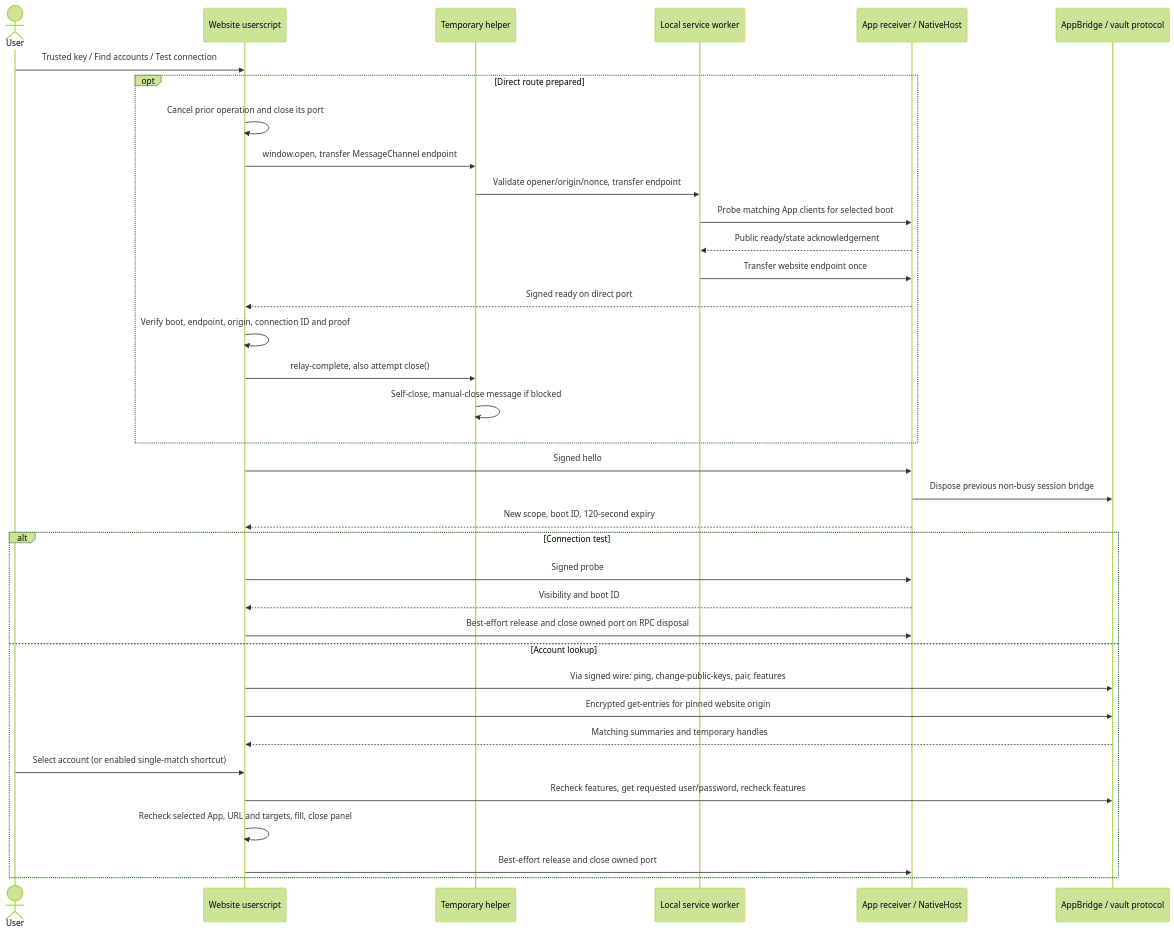
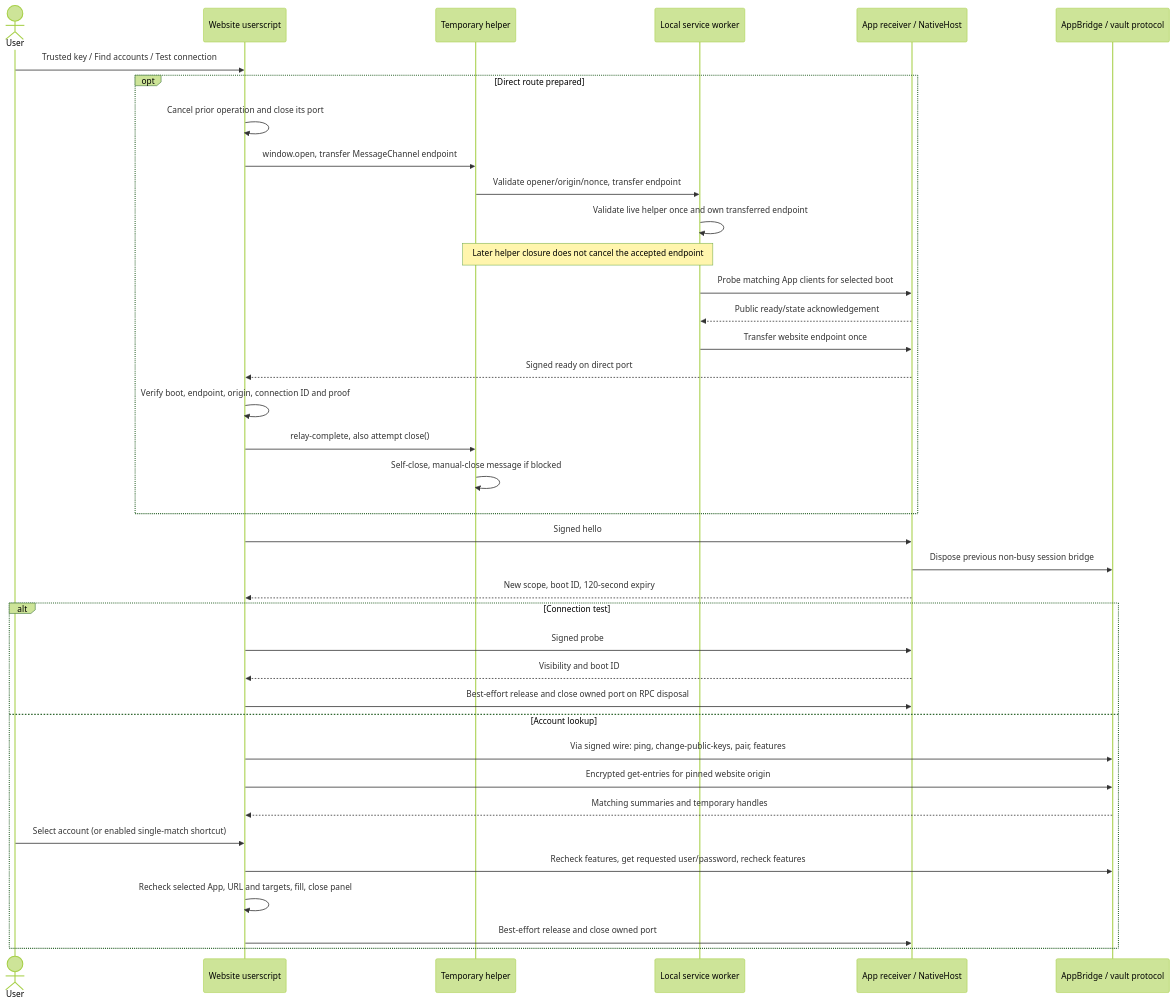
One commit to gynet/keewebx changed the second of 3 diagrams in modules/extension/userscript/docs/connection-architecture.md. Above: the diagram before and after it, drawn with Mermaid (forest theme). The commit also changed other lines of this file and 18 other files, not shown here.

Commit message:
fix(connect): preserve accepted handoffs after helper closure

````diff
--- a/modules/extension/userscript/docs/connection-architecture.md
+++ b/modules/extension/userscript/docs/connection-architecture.md
@@ -79,38 +79,40 @@
 ```mermaid
 sequenceDiagram
     actor User
     participant Site as Website userscript
     participant Helper as Temporary helper
     participant SW as Local service worker
     participant Host as App receiver / NativeHost
     participant Vault as AppBridge / vault protocol
     User->>Site: Trusted key / Find accounts / Test connection
     opt Direct route prepared
         Site->>Site: Cancel prior operation and close its port
         Site->>Helper: window.open, transfer MessageChannel endpoint
         Helper->>SW: Validate opener/origin/nonce, transfer endpoint
+        SW->>SW: Validate live helper once and own transferred endpoint
+        Note over Helper,SW: Later helper closure does not cancel the accepted endpoint
         SW->>Host: Probe matching App clients for selected boot
         Host-->>SW: Public ready/state acknowledgement
         SW->>Host: Transfer website endpoint once
         Host-->>Site: Signed ready on direct port
         Site->>Site: Verify boot, endpoint, origin, connection ID and proof
         Site->>Helper: relay-complete, also attempt close()
         Helper->>Helper: Self-close, manual-close message if blocked
     end
     Site->>Host: Signed hello
     Host->>Vault: Dispose previous non-busy session bridge
     Host-->>Site: New scope, boot ID, 120-second expiry
     alt Connection test
         Site->>Host: Signed probe
         Host-->>Site: Visibility and boot ID
         Site->>Host: Best-effort release and close owned port on RPC disposal
     else Account lookup
         Site->>Vault: Via signed wire: ping, change-public-keys, pair, features
         Site->>Vault: Encrypted get-entries for pinned website origin
         Vault-->>Site: Matching summaries and temporary handles
         User->>Site: Select account (or enabled single-match shortcut)
         Site->>Vault: Recheck features, get requested user/password, recheck features
         Site->>Site: Recheck selected App, URL and targets, fill, close panel
         Site->>Host: Best-effort release and close owned port
     end
 ```
````
